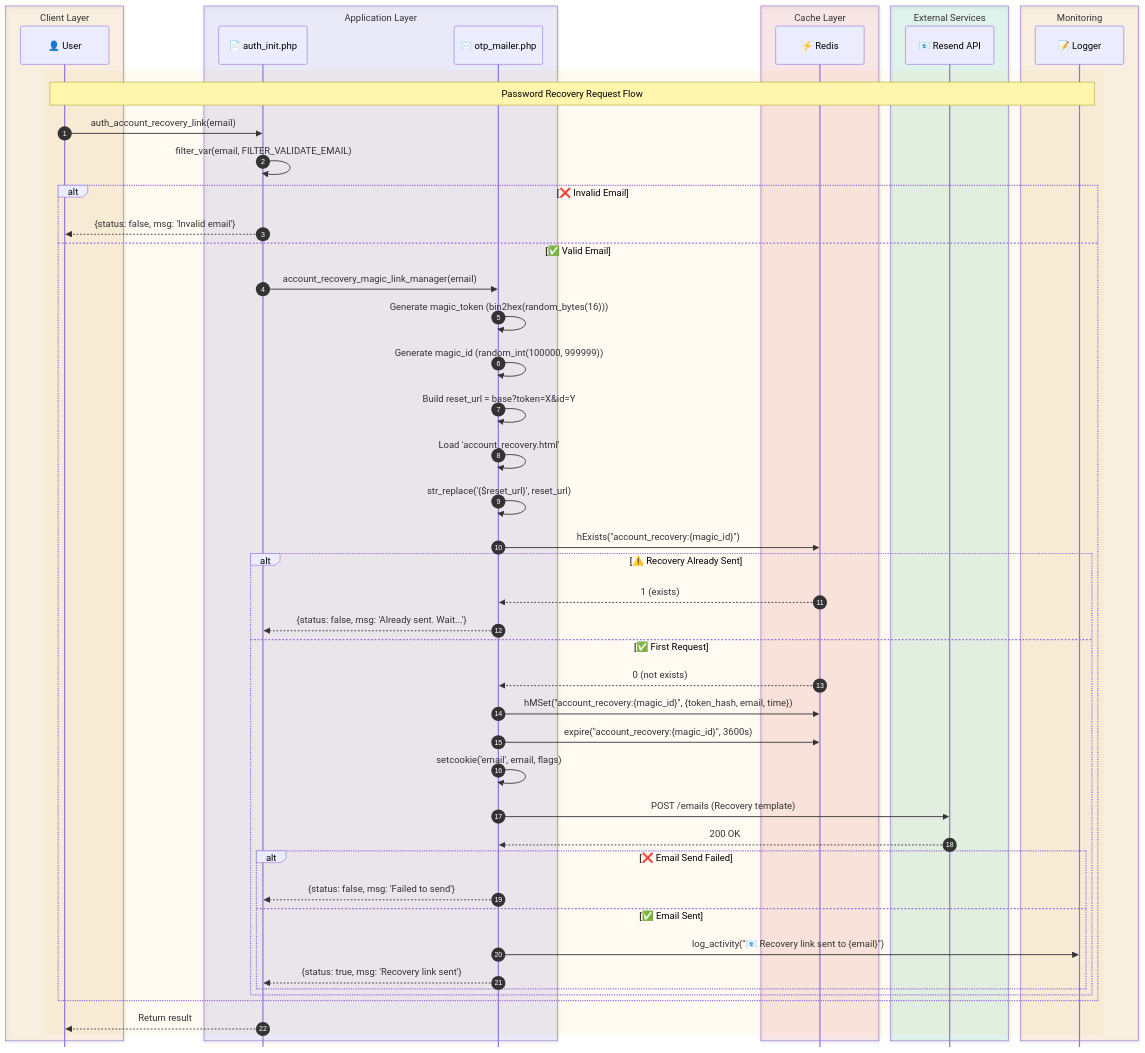
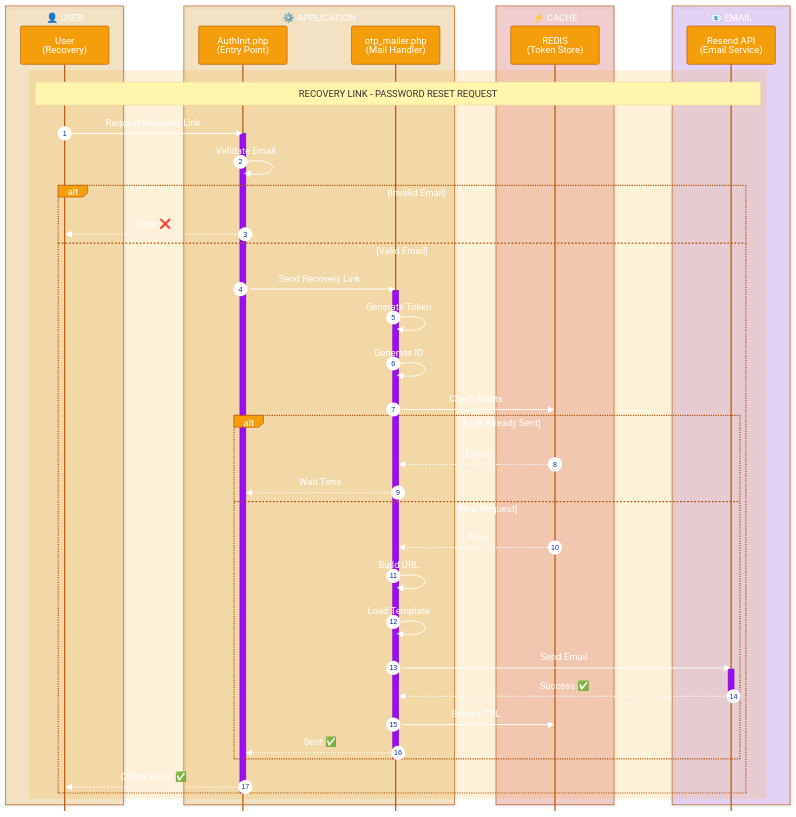
Before and after one commit to Vercodea/auth-core: the sixth of 8 diagrams in README.md, drawn with Mermaid. The commit also changed other lines of this file, not shown here.

Commit message:
Initial commit: Vercodea Auth Core v1.0.0

````diff
--- a/README.md
+++ b/README.md
@@ -923,69 +818,51 @@
 ```mermaid
-%%{init: {'theme': 'default', 'themeVariables': { 'primaryColor': '#f59e0b', 'primaryTextColor': '#ffffff', 'primaryBorderColor': '#b45309', 'lineColor': '#f59e0b', 'fontSize': '16px', 'fontFamily': 'arial'}, 'sequence': {'mirrorActors': false}}}%%
+%%{init: {'theme': 'base', 'themeVariables': {'fontSize': '32px', 'fontFamily': 'arial', 'primaryColor': '#f59e0b', 'primaryTextColor': '#ffffff', 'primaryBorderColor': '#b45309', 'lineColor': '#fcd34d', 'tertiaryColor': '#fef3c7', 'tertiaryBorderColor': '#fcd34d', 'tertiaryTextColor': '#78350f'}, 'sequence': {'mirrorActors': false, 'actorMargin': 100, 'actorFontSize': '32px', 'messageFontSize': '32px'}}}%%
 sequenceDiagram
     autonumber
-    box rgb(245, 158, 11, 0.1) Client Layer
-        participant User as 👤 User
+    box rgb(245, 158, 11, 0.2) 👤 USER
+        participant User as User<br/>(Recovery)
     end
-    box rgb(99, 102, 241, 0.1) Application Layer
-        participant Auth as 📄 auth_init.php
-        participant Mailer as ✉️ otp_mailer.php
+    box rgb(245, 158, 11, 0.2) ⚙️ APPLICATION
+        participant Auth as AuthInit.php<br/>(Entry Point)
+        participant Mailer as otp_mailer.php<br/>(Mail Handler)
     end
-    box rgb(239, 68, 68, 0.1) Cache Layer
-        participant Redis as ⚡ Redis
+    box rgb(239, 68, 68, 0.2) ⚡ CACHE
+        participant Redis as REDIS<br/>(Token Store)
     end
-    box rgb(16, 185, 129, 0.1) External Services
-        participant Resend as 📧 Resend API
-    end
-    box rgb(245, 158, 11, 0.1) Monitoring
-        participant Logs as 📝 Logger
+    box rgb(168, 85, 247, 0.2) 📧 EMAIL
+        participant Resend as Resend API<br/>(Email Service)
     end
     
-    rect rgb(245, 158, 11, 0.05)
-        Note over User,Logs: Password Recovery Request Flow
-        
-        User->>Auth: auth_account_recovery_link(email)
-        
-        Auth->>Auth: filter_var(email, FILTER_VALIDATE_EMAIL)
-        
-        alt ❌ Invalid Email
-            Auth-->>User: {status: false, msg: 'Invalid email'}
-        else ✅ Valid Email
-            
-            Auth->>Mailer: account_recovery_magic_link_manager(email)
-            
-            Mailer->>Mailer: Generate magic_token (bin2hex(random_bytes(16)))
-            Mailer->>Mailer: Generate magic_id (random_int(100000, 999999))
-            Mailer->>Mailer: Build reset_url = base?token=X&id=Y
-            
-            Mailer->>Mailer: Load 'account_recovery.html'
-            Mailer->>Mailer: str_replace('{$reset_url}', reset_url)
-            
-            Mailer->>Redis: hExists("account_recovery:{magic_id}")
-            
-            alt ⚠️ Recovery Already Sent
-                Redis-->>Mailer: 1 (exists)
-                Mailer-->>Auth: {status: false, msg: 'Already sent. Wait...'}
-            else ✅ First Request
-                Redis-->>Mailer: 0 (not exists)
-                
-                Mailer->>Redis: hMSet("account_recovery:{magic_id}", {token_hash, email, time})
-                Mailer->>Redis: expire("account_recovery:{magic_id}", 3600s)
-                
-                Mailer->>Mailer: setcookie('email', email, flags)
-                
-                Mailer->>Resend: POST /emails (Recovery template)
-                Resend-->>Mailer: 200 OK
-                
-                alt ❌ Email Send Failed
-                    Mailer-->>Auth: {status: false, msg: 'Failed to send'}
-                else ✅ Email Sent
-                    Mailer->>Logs: log_activity("📧 Recovery link sent to {email}")
-                    Mailer-->>Auth: {status: true, msg: 'Recovery link sent'}
-                end
+    rect rgb(245, 158, 11, 0.15)
+        Note over User,Resend: RECOVERY LINK - PASSWORD RESET REQUEST
+        User->>Auth: Request Recovery Link
+        activate Auth
+        Auth->>Auth: Validate Email
+        alt Invalid Email
+            Auth-->>User: Error ❌
+        else Valid Email
+            Auth->>Mailer: Send Recovery Link
+            activate Mailer
+            Mailer->>Mailer: Generate Token
+            Mailer->>Mailer: Generate ID
+            Mailer->>Redis: Check Exists
+            alt Link Already Sent
+                Redis-->>Mailer: Exists
+                Mailer-->>Auth: Wait Time
+            else New Request
+                Redis-->>Mailer: New
+                Mailer->>Mailer: Build URL
+                Mailer->>Mailer: Load Template
+                Mailer->>Resend: Send Email
+                activate Resend
+                Resend-->>Mailer: Success ✅
+                deactivate Resend
+                Mailer->>Redis: Store + TTL
+                Mailer-->>Auth: Sent ✅
             end
+            deactivate Mailer
+            Auth-->>User: Check Email ✅
         end
-        
-        Auth-->>User: Return result
+        deactivate Auth
     end
 ```
````
